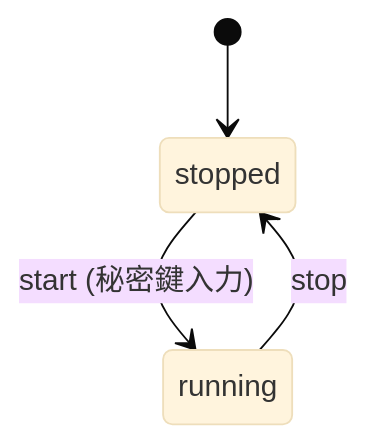
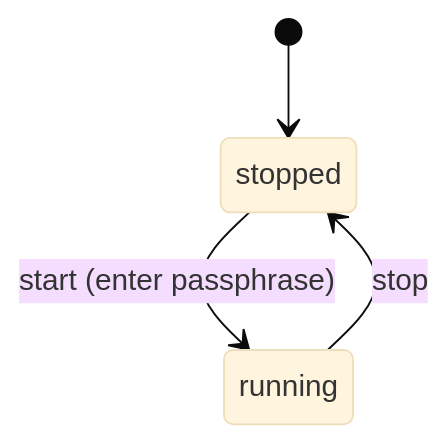
Before and after one commit to koteitan/key-rest: the third of 3 diagrams in spec.md, drawn with Mermaid (base theme). The commit also changed other lines of this file and 63 other files, not shown here.

````diff
--- a/spec.md
+++ b/spec.md
@@ -81,6 +83,6 @@
 ```mermaid
 stateDiagram-v2
     [*] --> stopped
-    stopped --> running : start (秘密鍵入力)
+    stopped --> running : start (enter passphrase)
     running --> stopped : stop
 ```
````
